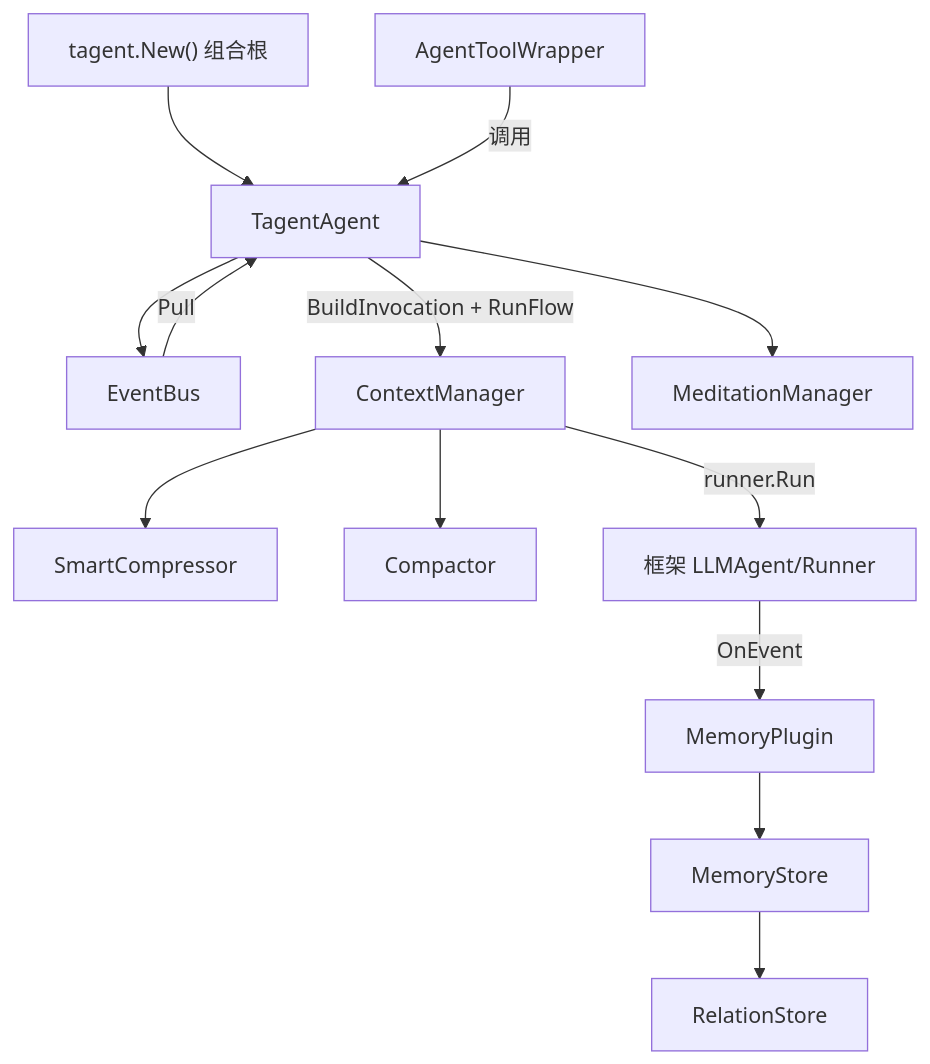
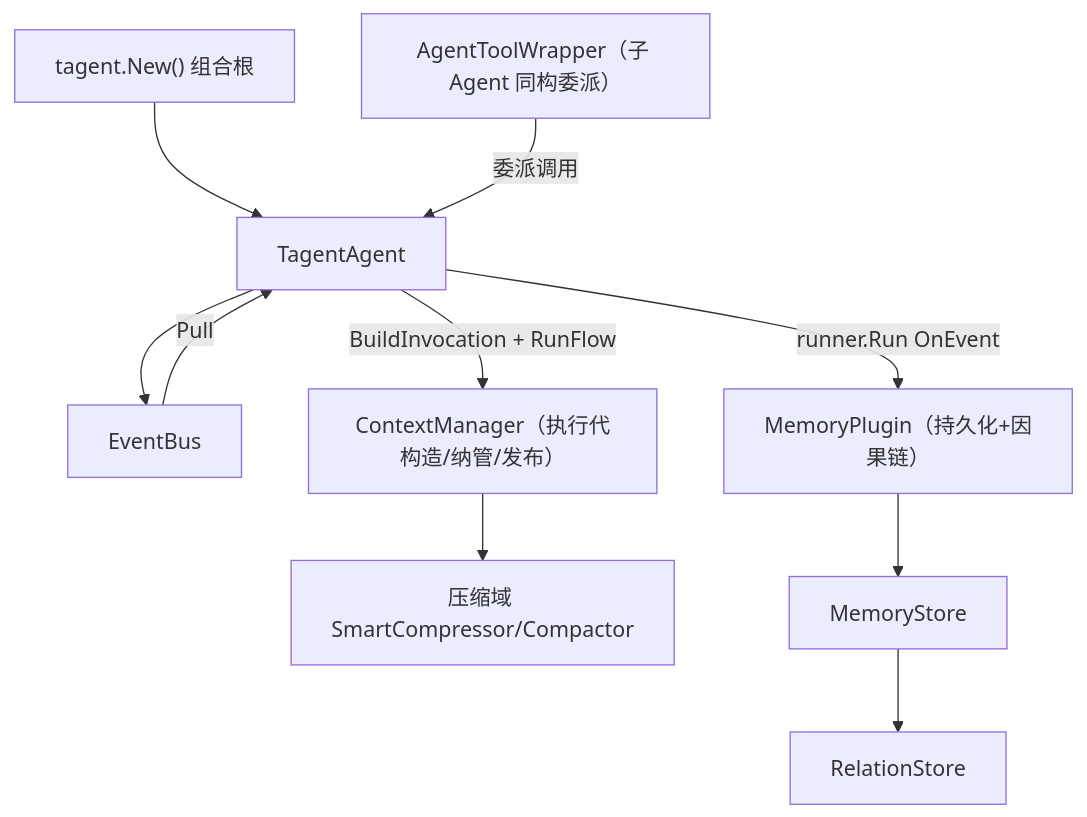
Before and after one commit to SpellingDragon/tagent: the second of 2 diagrams in README.md, drawn with Mermaid. The commit also changed other lines of this file and 1 other file, not shown here.

````diff
--- a/README.md
+++ b/README.md
@@ -202,27 +59,16 @@
 ```mermaid
 graph TB
     ROOT["tagent.New() 组合根"]
     TA["TagentAgent"]
     EB["EventBus"]
-    CM["ContextManager"]
-    SC["SmartCompressor"]
-    CP["Compactor"]
-    MM["MeditationManager"]
-    MP["MemoryPlugin"]
+    CM["ContextManager（执行代构造/纳管/发布）"]
+    SC["压缩域 SmartCompressor/Compactor"]
+    MP["MemoryPlugin（持久化+因果链）"]
     MS["MemoryStore"]
     RS["RelationStore"]
-    ATW["AgentToolWrapper"]
-
-    ROOT --> TA
-    TA --> EB
-    EB -->|Pull| TA
-    TA -->|BuildInvocation + RunFlow| CM
-    CM --> SC
-    CM --> CP
-    CM -->|runner.Run| LLMAGENT["框架 LLMAgent/Runner"]
-    LLMAGENT -->|OnEvent| MP
-    MP --> MS
-    MS --> RS
-    ATW -->|调用| TA
-    TA --> MM
+    ATW["AgentToolWrapper（子 Agent 同构委派）"]
+    ROOT --> TA --> EB -->|Pull| TA
+    TA -->|BuildInvocation + RunFlow| CM --> SC
+    TA -->|runner.Run OnEvent| MP --> MS --> RS
+    ATW -->|委派调用| TA
 ```
````
